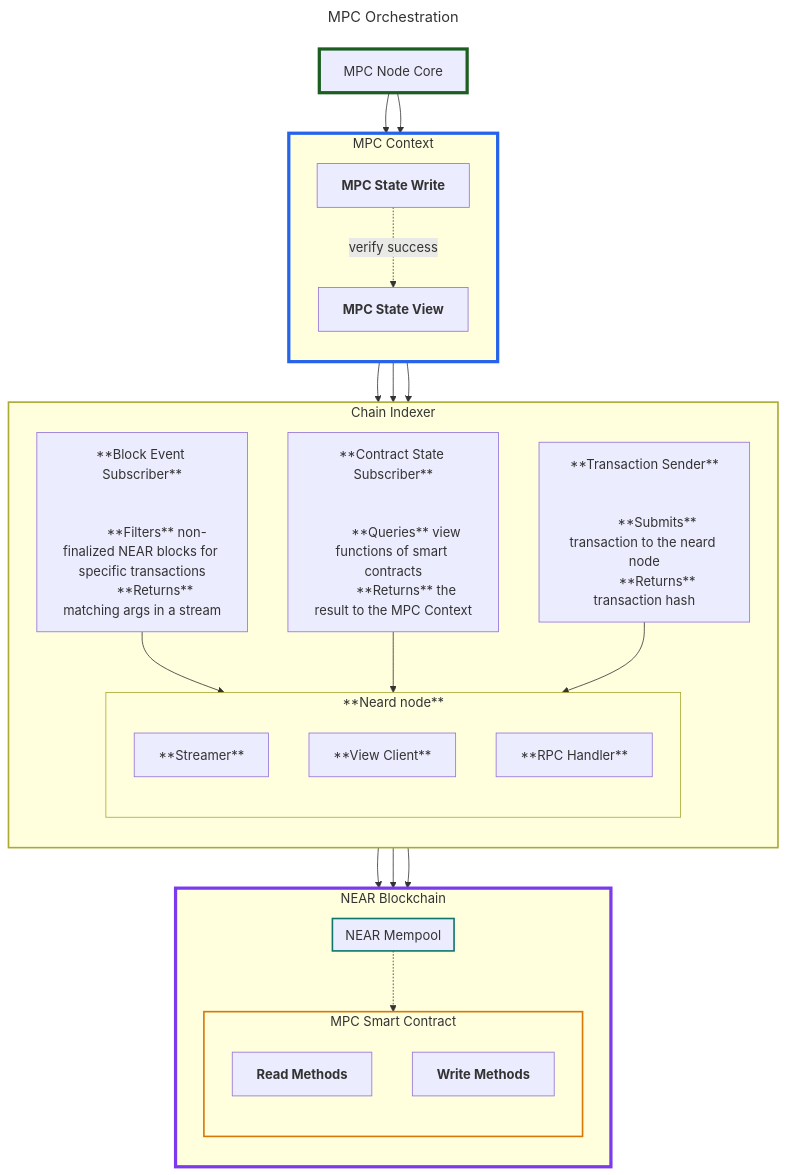
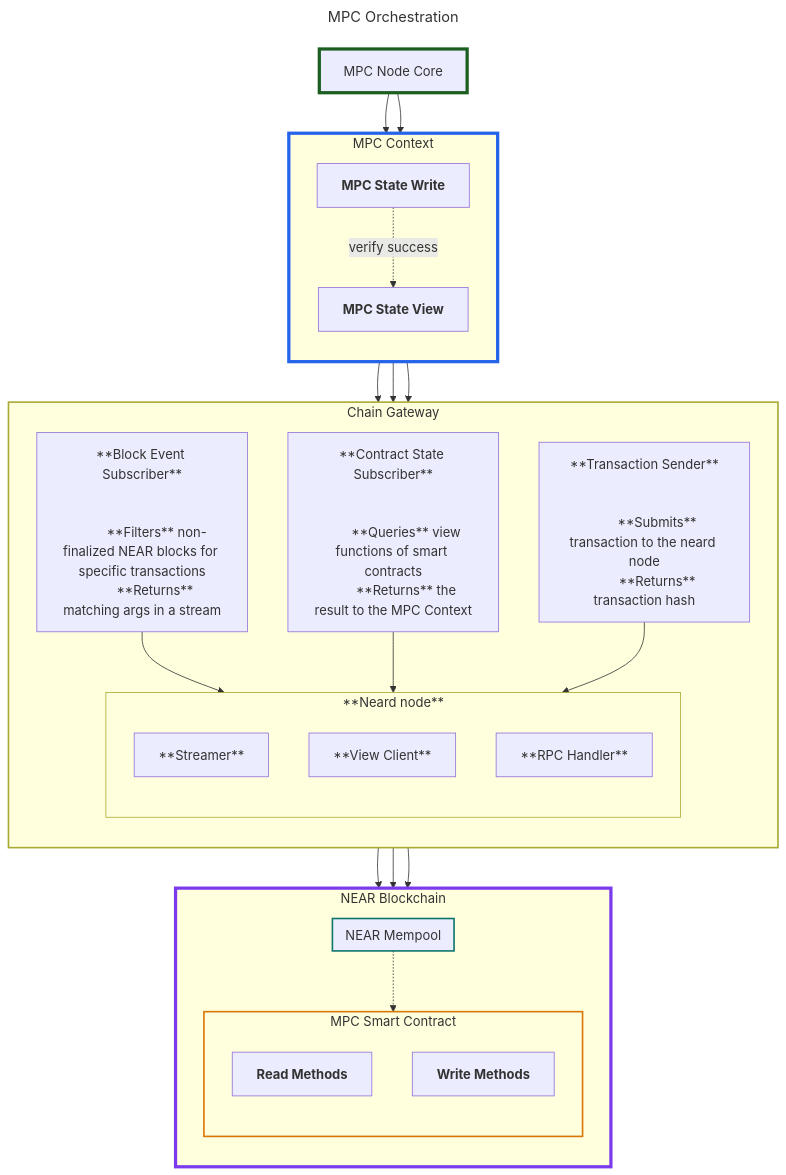
One commit to near/mpc changed the second of 3 diagrams in docs/indexer-design.md. Above: the diagram before and after it, drawn with Mermaid. The commit also changed other lines of this file and 38 other files, not shown here.

Commit message:
chain-gateway crate

```diff
--- a/docs/indexer-design.md
+++ b/docs/indexer-design.md
@@ -252,7 +252,7 @@
 
 end
 
-subgraph CHAIN[Chain Indexer]
+subgraph CHAIN[Chain Gateway]
     direction TB
     TX_SUBSCRIBER[**Block Event Subscriber**<br/><br/>
         **Filters** non-finalized NEAR blocks for specific transactions
@@ -306,12 +306,12 @@
 CORE --> VIEW
 CORE --> WRITE
 
-%% Context --> Chain Indexer
+%% Context --> Chain Gateway
 VIEW --> CONTRACT_STATE_VIEWER
 VIEW --> TX_SUBSCRIBER
 WRITE --> TX_SENDER
 
-%% Chain Indexer --> Neard Node
+%% Chain Gateway --> Neard Node
 TX_SUBSCRIBER --> BLOCK_STREAMER
 CONTRACT_STATE_VIEWER --> VIEW_CLIENT
 TX_SENDER --> RPC_HANDLER
```
